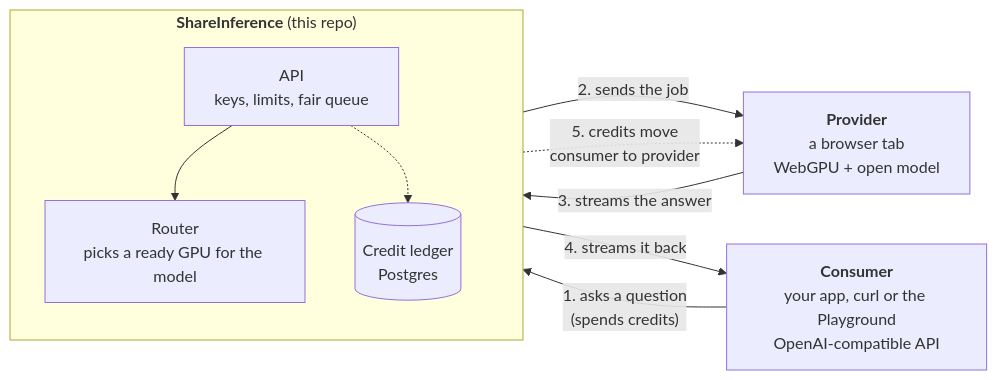
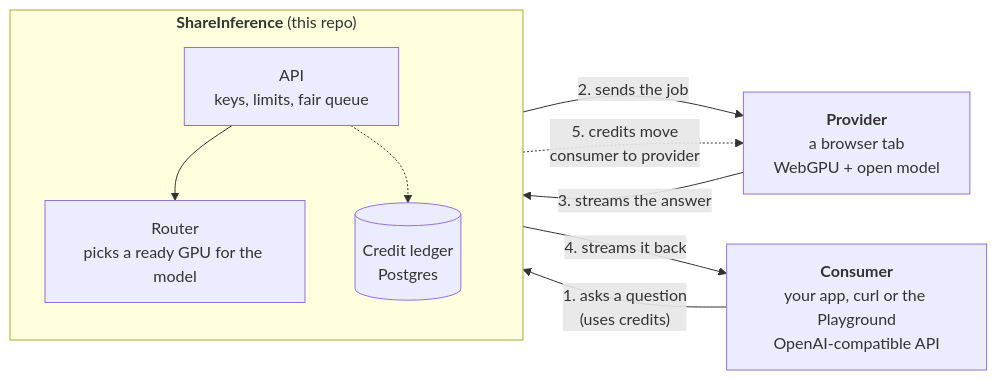
One commit to juliomatcom/shareinference.com changed the diagram in README.md. Above: the diagram before and after it, drawn with Mermaid. The commit also changed other lines of this file and 13 other files, not shown here.

````diff
--- a/README.md
+++ b/README.md
@@ -9,21 +9,21 @@
 ```mermaid
 flowchart LR
     C["<b>Consumer</b><br/>your app, curl or the Playground<br/>OpenAI-compatible API"]
 
     subgraph S["<b>ShareInference</b> (this repo)"]
         direction TB
         API["API<br/>keys, limits, fair queue"]
         R["Router<br/>picks a ready GPU for the model"]
         L[("Credit ledger<br/>Postgres")]
         API --> R
         API -.-> L
     end
 
     P["<b>Provider</b><br/>a browser tab<br/>WebGPU + open model"]
 
-    C -- "1. asks a question<br/>(spends credits)" --> API
+    C -- "1. asks a question<br/>(uses credits)" --> API
     R -- "2. sends the job" --> P
     P -- "3. streams the answer" --> R
     R -- "4. streams it back" --> C
     L -. "5. credits move<br/>consumer to provider" .-> P
 ```
````
